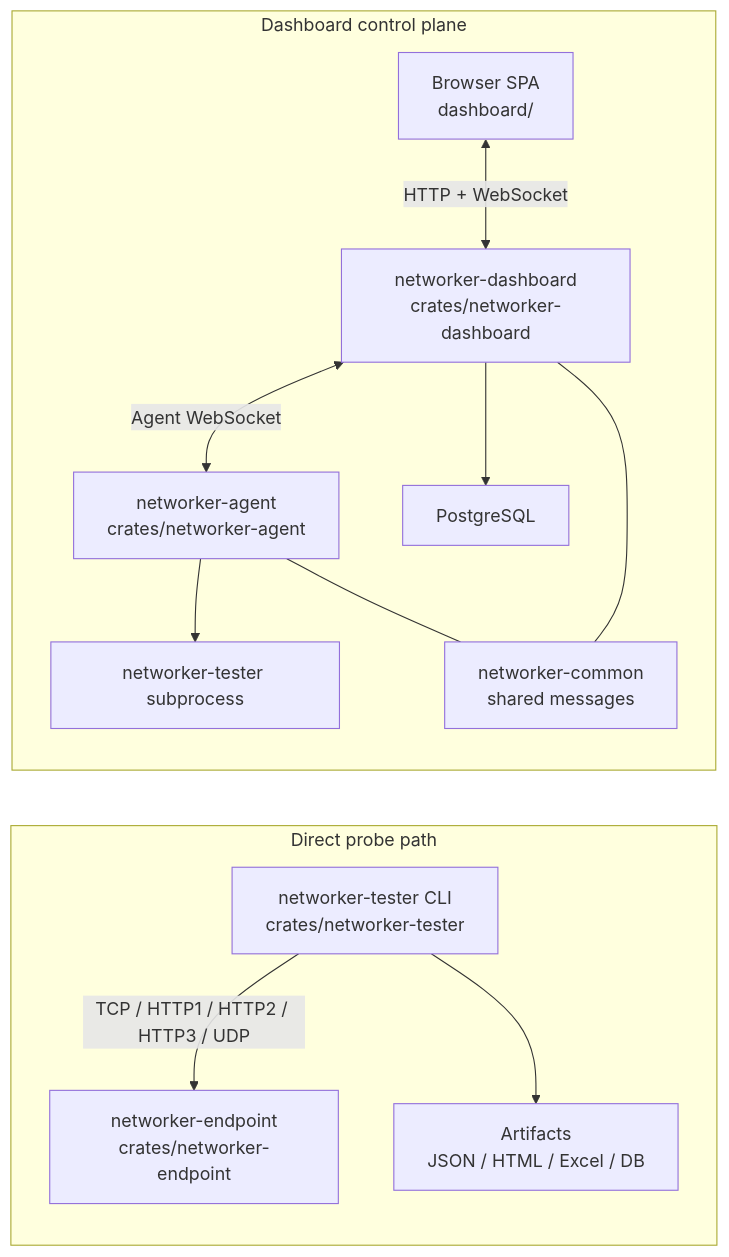
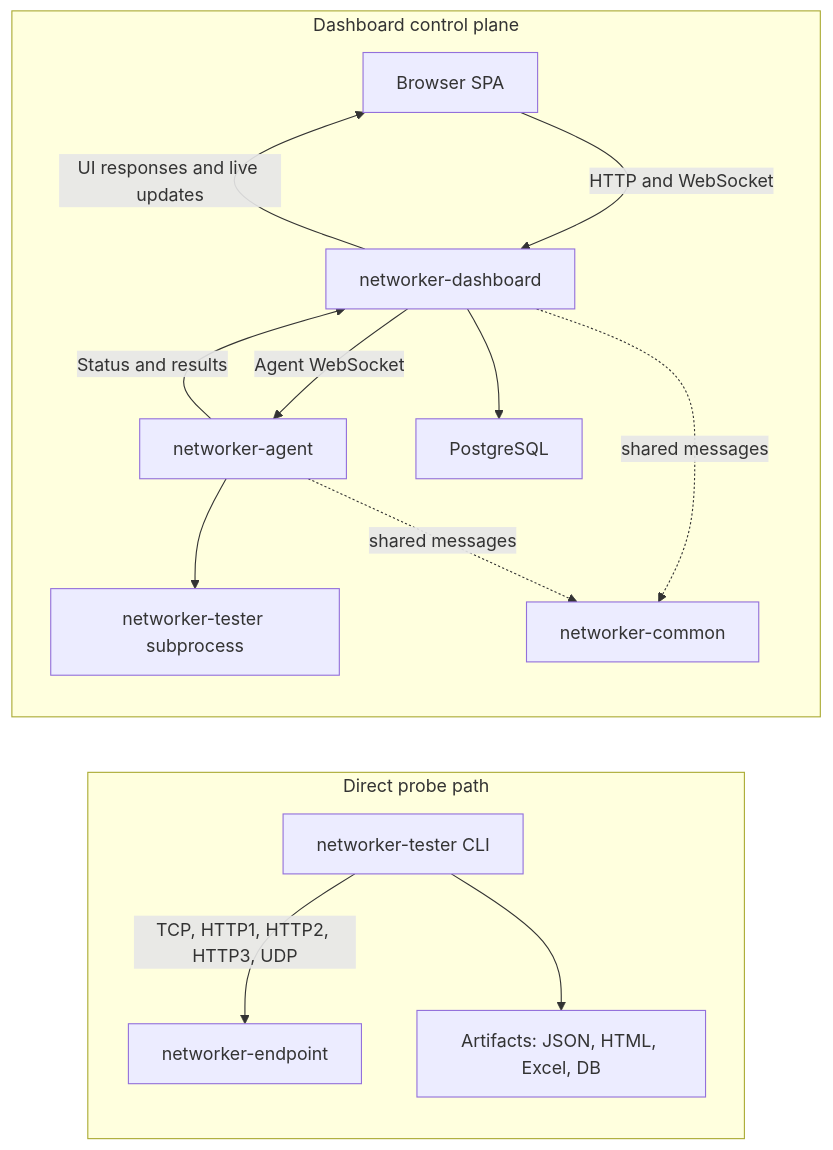
The first of 4 diagrams in docs/architecture.md (irlm/networker-tester), drawn with Mermaid before and after one commit. The commit also changed other lines of this file and 1 other file, not shown here.

Commit message:
docs: simplify mermaid diagrams for github rendering

````diff
--- a/docs/architecture.md
+++ b/docs/architecture.md
@@ -8,26 +8,28 @@
 ```mermaid
 flowchart LR
     subgraph ProbePath["Direct probe path"]
-        T["networker-tester CLI<br/>crates/networker-tester"]
-        E["networker-endpoint<br/>crates/networker-endpoint"]
-        O["Artifacts<br/>JSON / HTML / Excel / DB"]
-        T -->|"TCP / HTTP1 / HTTP2 / HTTP3 / UDP"| E
+        T["networker-tester CLI"]
+        E["networker-endpoint"]
+        O["Artifacts: JSON, HTML, Excel, DB"]
+        T -->|"TCP, HTTP1, HTTP2, HTTP3, UDP"| E
         T --> O
     end
 
     subgraph ControlPlane["Dashboard control plane"]
-        B["Browser SPA<br/>dashboard/"]
-        D["networker-dashboard<br/>crates/networker-dashboard"]
-        A["networker-agent<br/>crates/networker-agent"]
+        B["Browser SPA"]
+        D["networker-dashboard"]
+        A["networker-agent"]
         TP["networker-tester subprocess"]
         P["PostgreSQL"]
-        C["networker-common<br/>shared messages"]
+        C["networker-common"]
 
-        B <-->|"HTTP + WebSocket"| D
-        D <-->|"Agent WebSocket"| A
+        B -->|"HTTP and WebSocket"| D
+        D -->|"UI responses and live updates"| B
+        D -->|"Agent WebSocket"| A
+        A -->|"Status and results"| D
         A --> TP
         D --> P
-        D --- C
-        A --- C
+        D -.->|"shared messages"| C
+        A -.->|"shared messages"| C
     end
 ```
````
